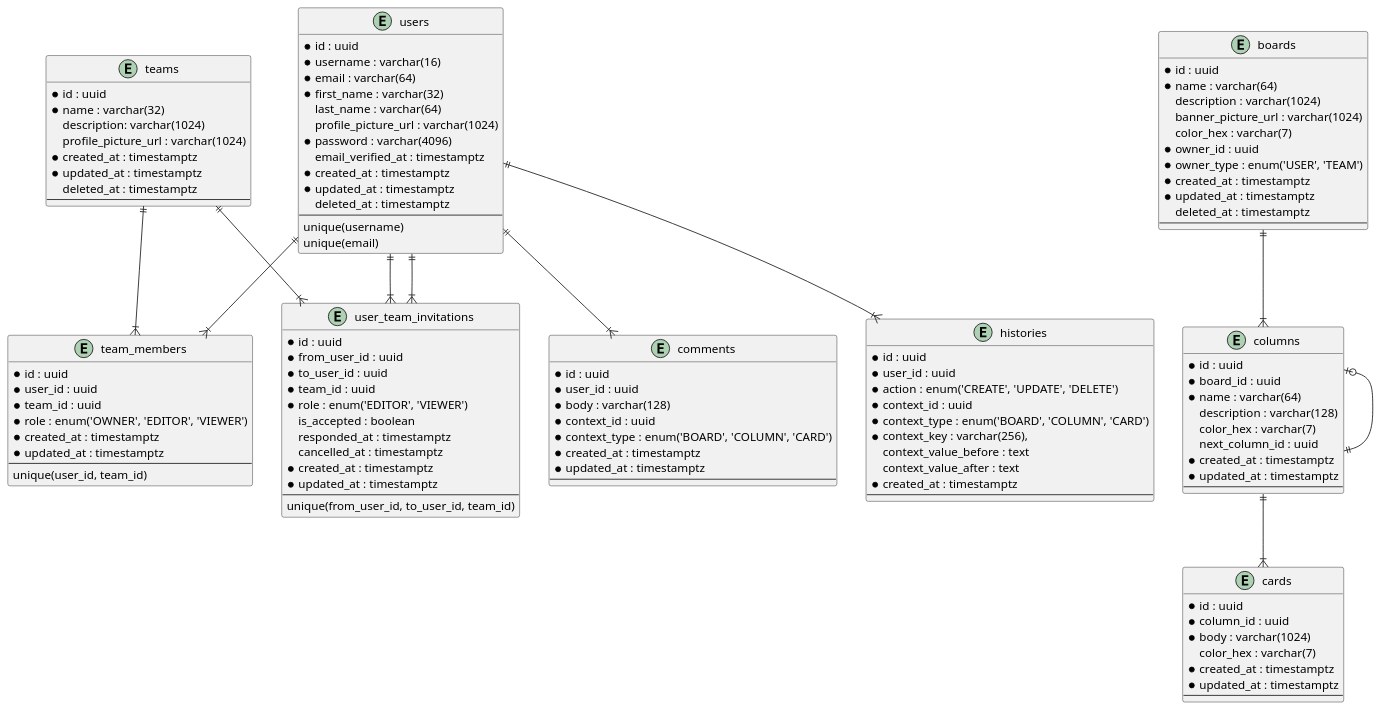
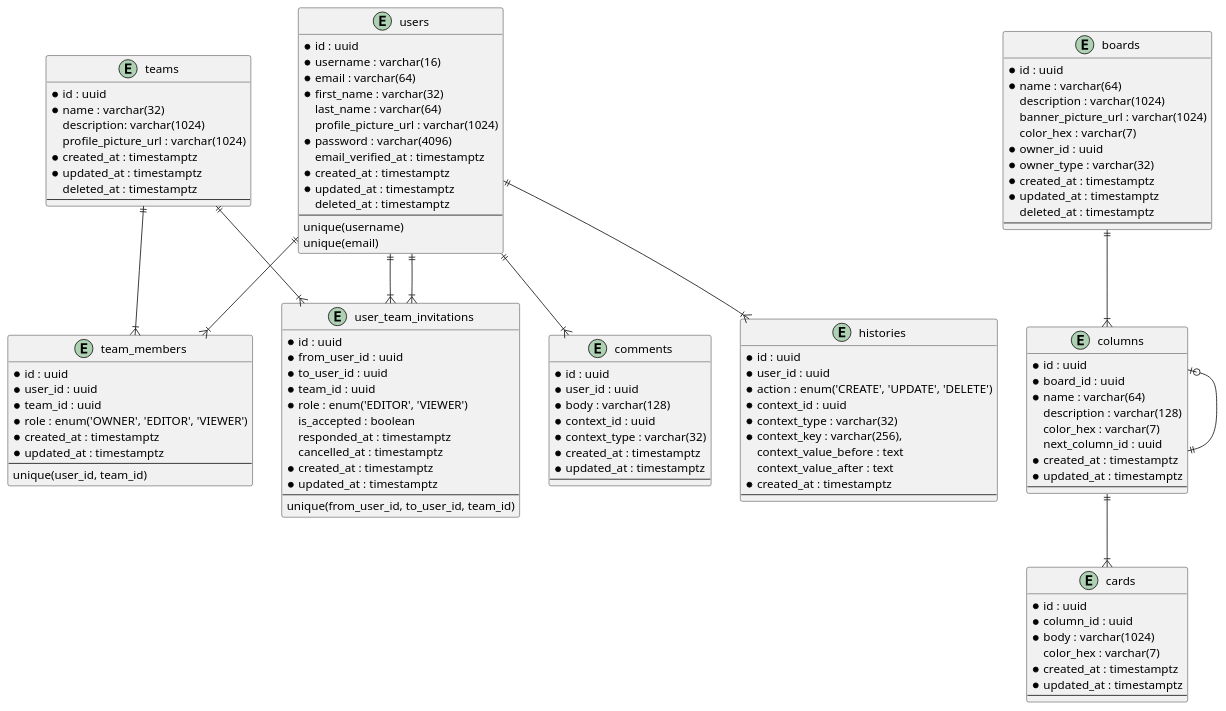
One commit to stackpan/tasque-server changed the diagram in docs/database/schema.puml. Above: the diagram before and after it, drawn with PlantUML. The commit also changed 3 other files, not shown here.

Commit message:
Database schema 1.3

```diff
--- a/docs/database/schema.puml
+++ b/docs/database/schema.puml
@@ -1,128 +1,128 @@
 @startuml Tasque database schema
 
 entity users {
     * id : uuid
     * username : varchar(16)
     * email : varchar(64)
     * first_name : varchar(32)
     last_name : varchar(64)
     profile_picture_url : varchar(1024)
     * password : varchar(4096)
     email_verified_at : timestamptz
     * created_at : timestamptz
     * updated_at : timestamptz
     deleted_at : timestamptz
     --
     unique(username)
     unique(email)
 }
 
 entity teams {
     * id : uuid
     * name : varchar(32)
     description: varchar(1024)
     profile_picture_url : varchar(1024)
     * created_at : timestamptz
     * updated_at : timestamptz
     deleted_at : timestamptz
     --
 }
 
 entity team_members {
     * id : uuid
     * user_id : uuid
     * team_id : uuid
     * role : enum('OWNER', 'EDITOR', 'VIEWER')
     * created_at : timestamptz
     * updated_at : timestamptz
     --
     unique(user_id, team_id)
 }
 
 entity user_team_invitations {
     * id : uuid
     * from_user_id : uuid
     * to_user_id : uuid
     * team_id : uuid
     * role : enum('EDITOR', 'VIEWER')
     is_accepted : boolean
     responded_at : timestamptz
     cancelled_at : timestamptz
     * created_at : timestamptz
     * updated_at : timestamptz
     --
     unique(from_user_id, to_user_id, team_id)
 }
 
 entity boards {
     * id : uuid
     * name : varchar(64)
     description : varchar(1024)
     banner_picture_url : varchar(1024)
     color_hex : varchar(7)
     * owner_id : uuid
-    * owner_type : enum('USER', 'TEAM')
+    * owner_type : varchar(32)
     * created_at : timestamptz
     * updated_at : timestamptz
     deleted_at : timestamptz
     --
 }
 
 entity columns {
     * id : uuid
     * board_id : uuid
     * name : varchar(64)
     description : varchar(128)
     color_hex : varchar(7)
     next_column_id : uuid
     * created_at : timestamptz
     * updated_at : timestamptz
     --
 }
 
 entity cards {
     * id : uuid
     * column_id : uuid
     * body : varchar(1024)
     color_hex : varchar(7)
     * created_at : timestamptz
     * updated_at : timestamptz
     --
 }
 
 entity comments {
     * id : uuid
     * user_id : uuid
     * body : varchar(128)
     * context_id : uuid
-    * context_type : enum('BOARD', 'COLUMN', 'CARD')
+    * context_type : varchar(32)
     * created_at : timestamptz
     * updated_at : timestamptz
     --
 }
 
 entity histories {
     * id : uuid
     * user_id : uuid
     * action : enum('CREATE', 'UPDATE', 'DELETE')
     * context_id : uuid
-    * context_type : enum('BOARD', 'COLUMN', 'CARD')
+    * context_type : varchar(32)
     * context_key : varchar(256),
     context_value_before : text
     context_value_after : text
     * created_at : timestamptz
     --
 }
 
 users ||--|{ team_members
 teams ||--|{ team_members
 users ||--|{ user_team_invitations
 users ||--|{ user_team_invitations
 teams ||--|{ user_team_invitations
 boards ||--|{ columns
 columns |o--|| columns
 columns ||--|{ cards
 users ||--|{ comments
 users ||--|{ histories
 
 @enduml
```
